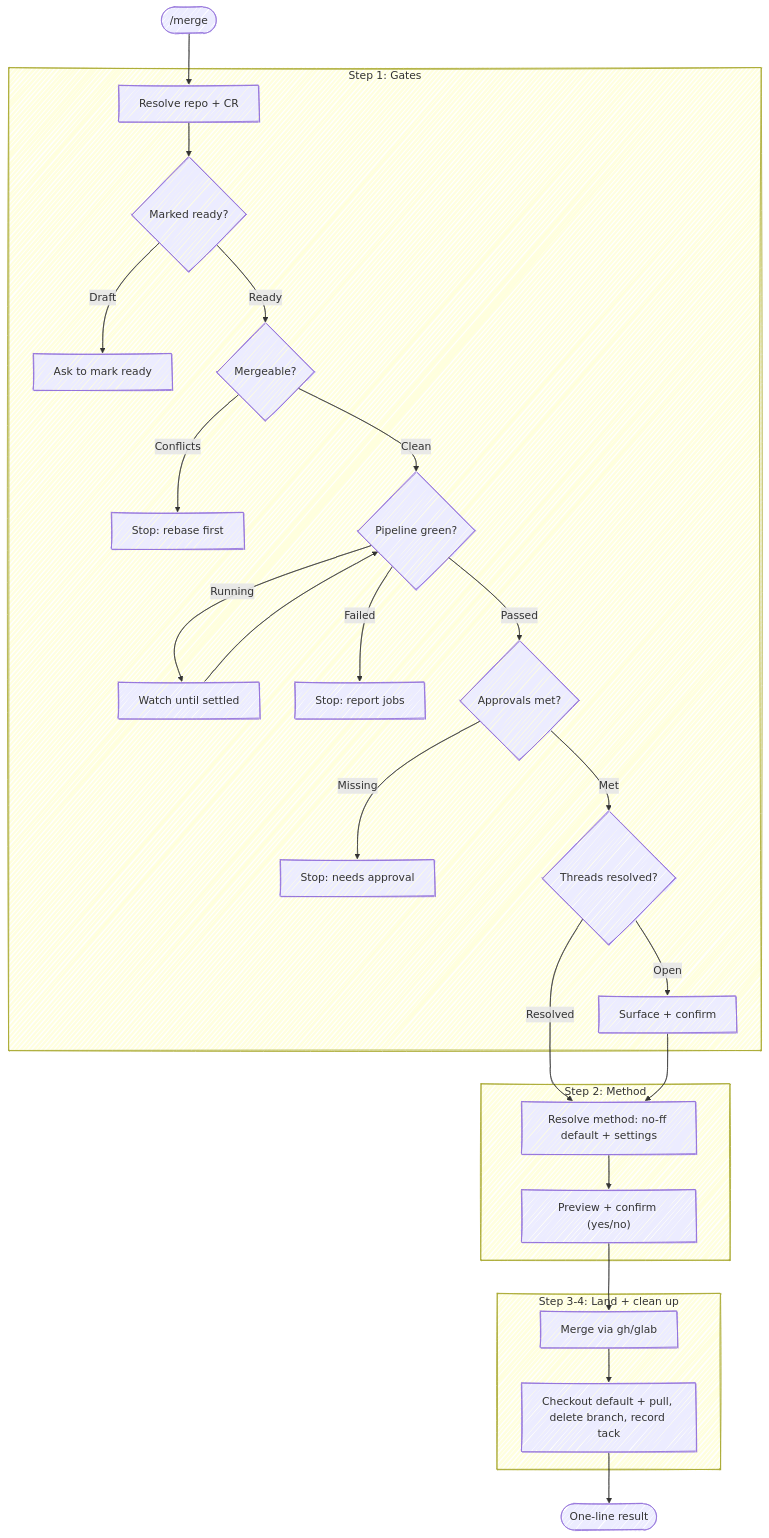
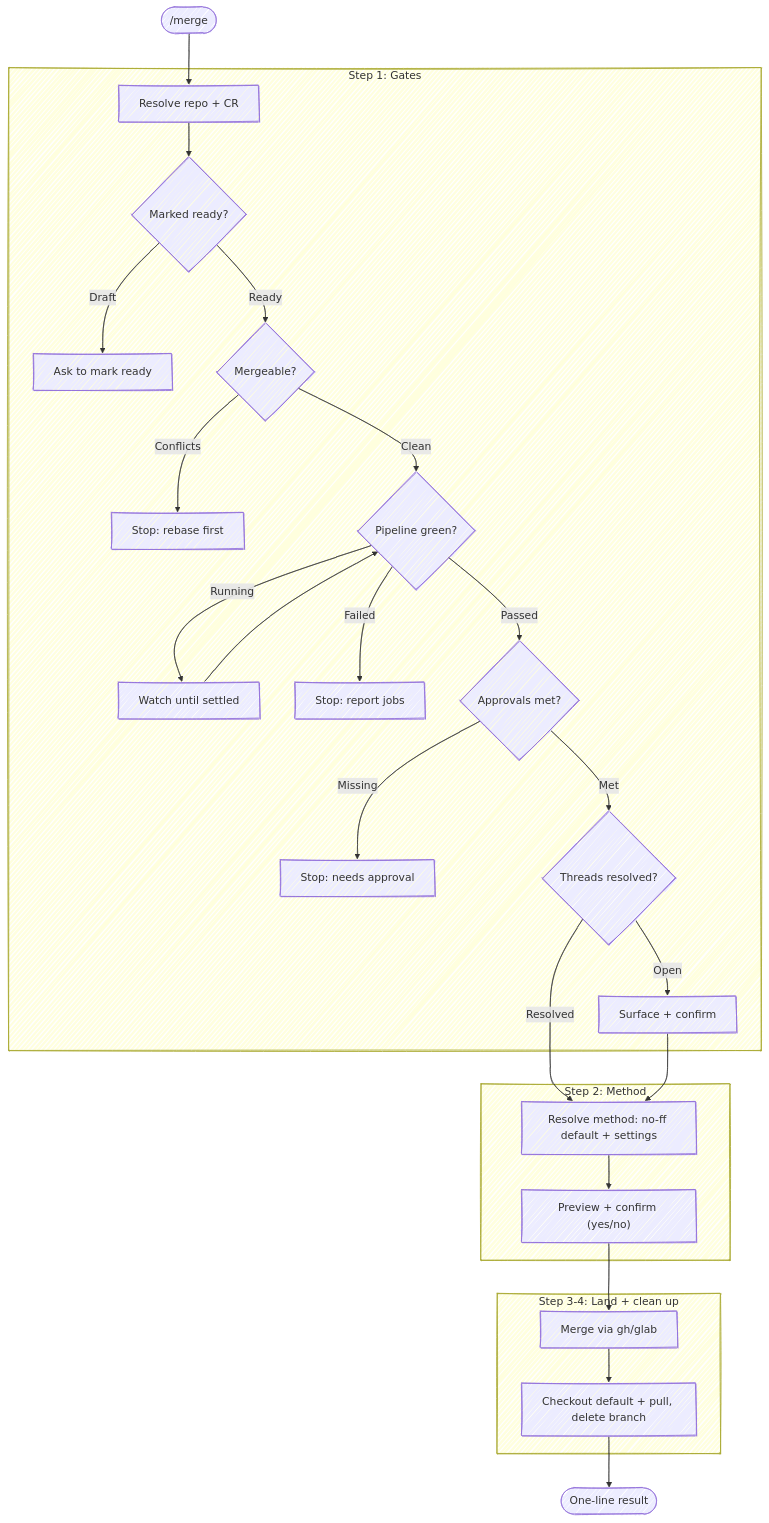
One commit to chris-peterson/anchor changed the diagram in skills/merge/SKILL.md. Above: the diagram before and after it, drawn with Mermaid. The commit also changed other lines of this file and 17 other files, not shown here.

````diff
--- a/skills/merge/SKILL.md
+++ b/skills/merge/SKILL.md
@@ -29,33 +29,33 @@
 ```mermaid
 %%{ init: { 'look': 'handDrawn' } }%%
 flowchart TD
     Start(["/merge"]) --> Repo["Resolve repo + CR"]
 
     subgraph "Step 1: Gates"
         Repo --> Ready{Marked ready?}
         Ready -->|Draft| StopDraft["Ask to mark ready"]
         Ready -->|Ready| Mergeable{Mergeable?}
         Mergeable -->|Conflicts| StopConflict["Stop: rebase first"]
         Mergeable -->|Clean| Pipe{Pipeline green?}
         Pipe -->|Running| Watch["Watch until settled"]
         Watch --> Pipe
         Pipe -->|Failed| StopPipe["Stop: report jobs"]
         Pipe -->|Passed| Appr{Approvals met?}
         Appr -->|Missing| StopAppr["Stop: needs approval"]
         Appr -->|Met| Threads{Threads resolved?}
         Threads -->|Open| ConfirmThreads["Surface + confirm"]
     end
 
     subgraph "Step 2: Method"
         Threads -->|Resolved| Method["Resolve method: no-ff default + settings"]
         ConfirmThreads --> Method
         Method --> Ask["Preview + confirm (yes/no)"]
     end
 
     subgraph "Step 3-4: Land + clean up"
         Ask --> Do["Merge via gh/glab"]
-        Do --> Post["Checkout default + pull, delete branch, record tack"]
+        Do --> Post["Checkout default + pull, delete branch"]
     end
 
     Post --> Report([One-line result])
 ```
````
